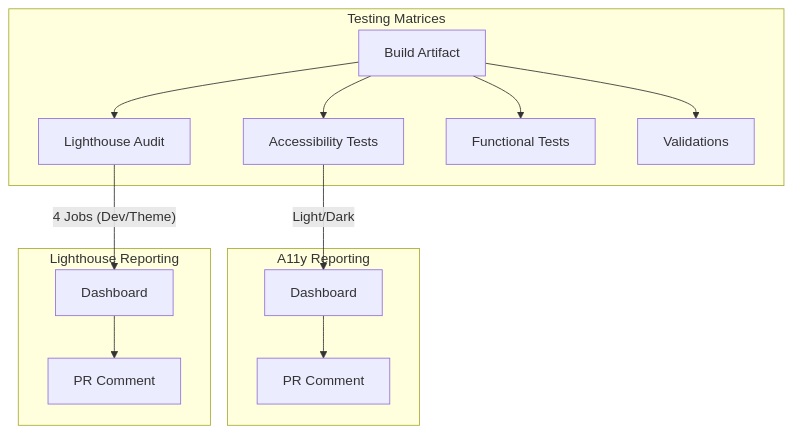
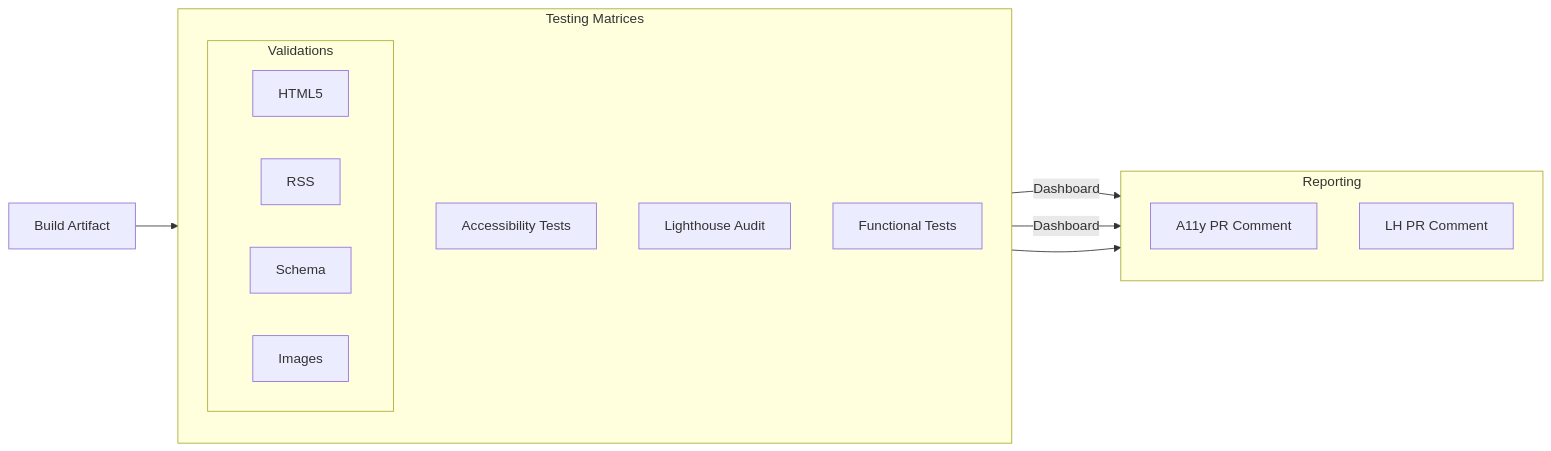
The third of 3 diagrams in README.md (jmrplens/jmrp.io), drawn with Mermaid before and after one commit. The commit also changed other lines of this file, not shown here.

Commit message:
docs: adjust ci diagram orientations and add validation details

````diff
--- a/README.md
+++ b/README.md
@@ -171,21 +164,24 @@
 ```mermaid
-graph TD
-    Build[Build Artifact]
+graph LR
+    Build[Build Artifact] --> TM[Testing Matrices]
+    TM --> Rep[Reporting]
 
-    subgraph "Testing Matrices"
-        Build --> A11y[Accessibility Tests]
-        Build --> LH[Lighthouse Audit]
-        Build --> Func[Functional Tests]
-        Build --> Valid[Validations]
+    subgraph TM [Testing Matrices]
+        direction TB
+        A11y[Accessibility Tests]
+        LH[Lighthouse Audit]
+        Func[Functional Tests]
+        subgraph Valid [Validations]
+            HTML5
+            RSS
+            Schema
+            Images
+        end
     end
 
-    subgraph "A11y Reporting"
-        A11y -- Light/Dark --> A11yAgg[Dashboard]
-        A11yAgg --> A11yCom[PR Comment]
-    end
-
-    subgraph "Lighthouse Reporting"
-        LH -- 4 Jobs (Dev/Theme) --> LHAgg[Dashboard]
-        LHAgg --> LHCom[PR Comment]
+    subgraph Rep [Reporting]
+        direction TB
+        A11y -- Dashboard --> A11yRep[A11y PR Comment]
+        LH -- Dashboard --> LHRep[LH PR Comment]
     end
 ```
````
